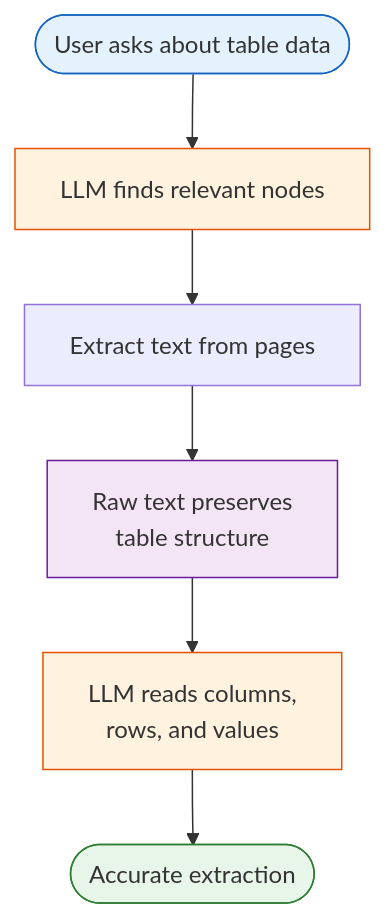
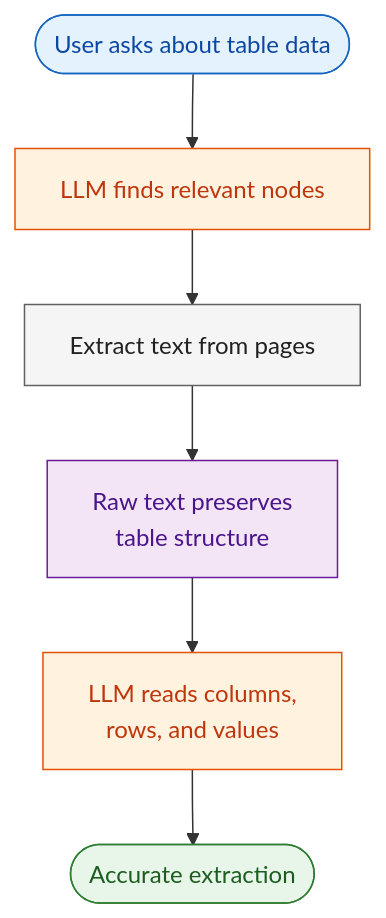
One commit to AyushSinghRana15/Vectorless-RAG changed the second of 6 diagrams in lab2/lab2_vectorless_rag_advanced.md. Above: the diagram before and after it, drawn with Mermaid. The commit also changed other lines of this file and 1 other file, not shown here.

Commit message:
Add explicit text colors to all Mermaid diagram nodes for visibility

````diff
--- a/lab2/lab2_vectorless_rag_advanced.md
+++ b/lab2/lab2_vectorless_rag_advanced.md
@@ -66,14 +69,15 @@
 ```mermaid
 flowchart TD
     A(["User asks about table data"]) --> B["LLM finds relevant nodes"]
     B --> C["Extract text from pages"]
     C --> D["Raw text preserves\ntable structure"]
     D --> E["LLM reads columns,\nrows, and values"]
     E --> F(["Accurate extraction"])
 
-    style A fill:#e3f2fd,stroke:#1565c0
-    style F fill:#e8f5e9,stroke:#2e7d32
-    style B fill:#fff3e0,stroke:#e65100
-    style E fill:#fff3e0,stroke:#e65100
-    style D fill:#f3e5f5,stroke:#6a1b9a
+    style A fill:#e3f2fd,stroke:#1565c0,color:#0d47a1
+    style B fill:#fff3e0,stroke:#e65100,color:#bf360c
+    style C fill:#f5f5f5,stroke:#616161,color:#212121
+    style D fill:#f3e5f5,stroke:#6a1b9a,color:#4a148c
+    style E fill:#fff3e0,stroke:#e65100,color:#bf360c
+    style F fill:#e8f5e9,stroke:#2e7d32,color:#1b5e20
 ```
````
